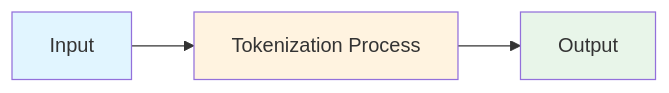
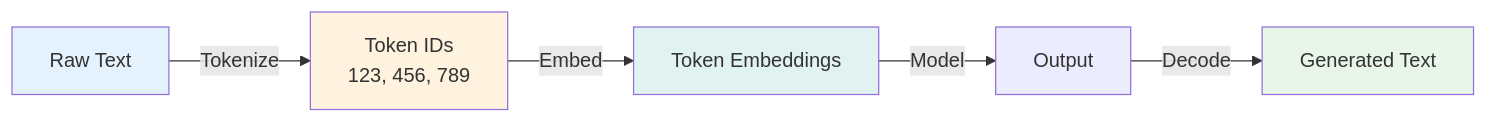
One commit to souradeepta/interviewprep-ai changed the first of 2 diagrams in llm/concepts/tokenization.md. Above: the diagram before and after it, drawn with Mermaid. The commit also changed other lines of this file and 10 other files, not shown here.

First line of the commit message:
feat: add enhancement script and upgrade 8 key concepts with real Q&A, Mermaid diagrams, real-world examples

````diff
--- a/llm/concepts/tokenization.md
+++ b/llm/concepts/tokenization.md
@@ -118,9 +118,12 @@
 ```mermaid
 graph LR
-    A["Input"] --> B["Tokenization Process"]
-    B --> C["Output"]
+    A["Raw Text"] -->|Tokenize| B["Token IDs<br/>123, 456, 789"]
+    B -->|Embed| C["Token Embeddings"]
+    C -->|Model| D["Output"]
+    D -->|Decode| E["Generated Text"]
 
-    style A fill:#e1f5ff
+    style A fill:#e3f2fd
     style B fill:#fff3e0
-    style C fill:#e8f5e9
+    style C fill:#e0f2f1
+    style E fill:#e8f5e9
 ```
````
